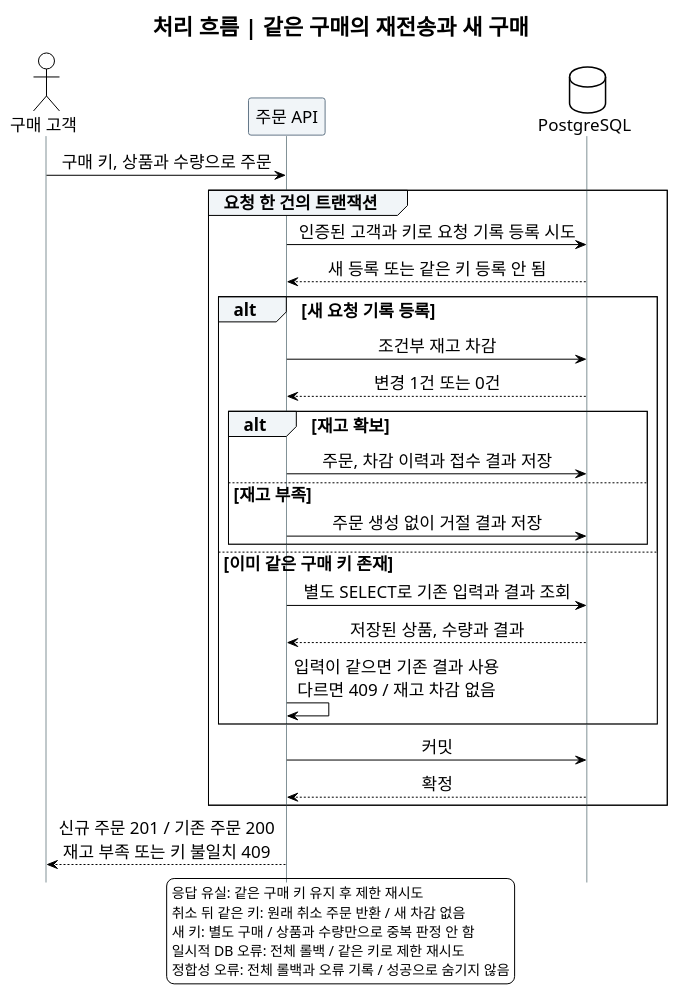
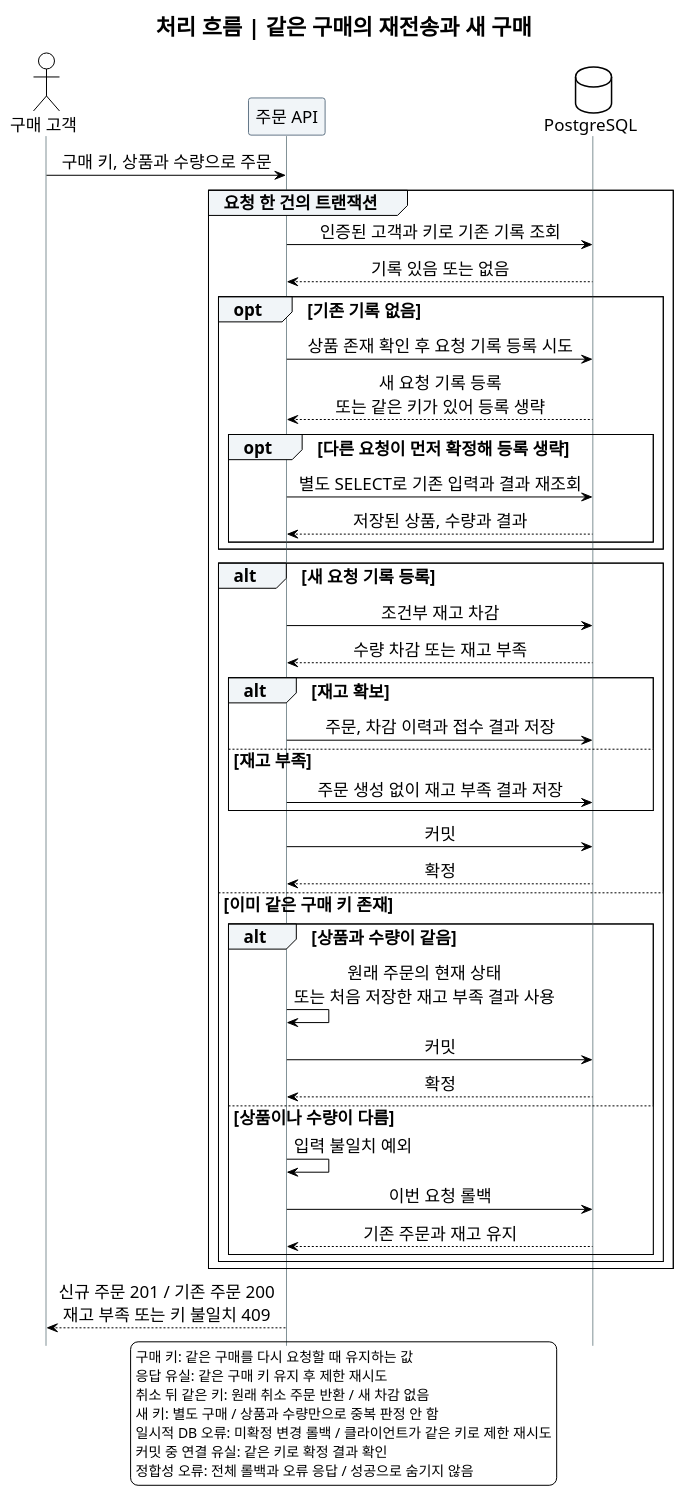
Before and after one commit to Song991123/limited-stock-order-api: the diagram in docs/design/diagrams/03-request-retry.puml, drawn with PlantUML. The commit also changed 20 other files, not shown here.

```diff
--- a/docs/design/diagrams/03-request-retry.puml
+++ b/docs/design/diagrams/03-request-retry.puml
@@ -1,47 +1,63 @@
 @startuml
 !theme plain
 hide footbox
 skinparam defaultFontName Malgun Gothic
 skinparam defaultFontSize 17
 skinparam shadowing false
 skinparam sequenceMessageAlign center
 skinparam sequenceGroupBackgroundColor #F1F5F8
 skinparam sequenceParticipantBackgroundColor #F1F5F8
 skinparam sequenceParticipantBorderColor #647788
 skinparam sequenceLifeLineBorderColor #819196
 
 title 처리 흐름 | 같은 구매의 재전송과 새 구매
 actor "구매 고객" as customer
 participant "주문 API" as server
 database "PostgreSQL" as db
 
 customer -> server : 구매 키, 상품과 수량으로 주문
 group 요청 한 건의 트랜잭션
-server -> db : 인증된 고객과 키로 요청 기록 등록 시도
-db --> server : 새 등록 또는 같은 키 등록 안 됨
+server -> db : 인증된 고객과 키로 기존 기록 조회
+db --> server : 기록 있음 또는 없음
+opt 기존 기록 없음
+server -> db : 상품 존재 확인 후 요청 기록 등록 시도
+db --> server : 새 요청 기록 등록\n또는 같은 키가 있어 등록 생략
+opt 다른 요청이 먼저 확정해 등록 생략
+server -> db : 별도 SELECT로 기존 입력과 결과 재조회
+db --> server : 저장된 상품, 수량과 결과
+end
+end
 alt 새 요청 기록 등록
 server -> db : 조건부 재고 차감
-db --> server : 변경 1건 또는 0건
+db --> server : 수량 차감 또는 재고 부족
 alt 재고 확보
 server -> db : 주문, 차감 이력과 접수 결과 저장
 else 재고 부족
-server -> db : 주문 생성 없이 거절 결과 저장
-end
-else 이미 같은 구매 키 존재
-server -> db : 별도 SELECT로 기존 입력과 결과 조회
-db --> server : 저장된 상품, 수량과 결과
-server -> server : 입력이 같으면 기존 결과 사용\n다르면 409 / 재고 차감 없음
+server -> db : 주문 생성 없이 재고 부족 결과 저장
 end
 server -> db : 커밋
 db --> server : 확정
+else 이미 같은 구매 키 존재
+alt 상품과 수량이 같음
+server -> server : 원래 주문의 현재 상태\n또는 처음 저장한 재고 부족 결과 사용
+server -> db : 커밋
+db --> server : 확정
+else 상품이나 수량이 다름
+server -> server : 입력 불일치 예외
+server -> db : 이번 요청 롤백
+db --> server : 기존 주문과 재고 유지
+end
+end
 end
 server --> customer : 신규 주문 201 / 기존 주문 200\n재고 부족 또는 키 불일치 409
 
 legend bottom
+구매 키: 같은 구매를 다시 요청할 때 유지하는 값
 응답 유실: 같은 구매 키 유지 후 제한 재시도
 취소 뒤 같은 키: 원래 취소 주문 반환 / 새 차감 없음
 새 키: 별도 구매 / 상품과 수량만으로 중복 판정 안 함
-일시적 DB 오류: 전체 롤백 / 같은 키로 제한 재시도
-정합성 오류: 전체 롤백과 오류 기록 / 성공으로 숨기지 않음
+일시적 DB 오류: 미확정 변경 롤백 / 클라이언트가 같은 키로 제한 재시도
+커밋 중 연결 유실: 같은 키로 확정 결과 확인
+정합성 오류: 전체 롤백과 오류 응답 / 성공으로 숨기지 않음
 endlegend
 @enduml
```
